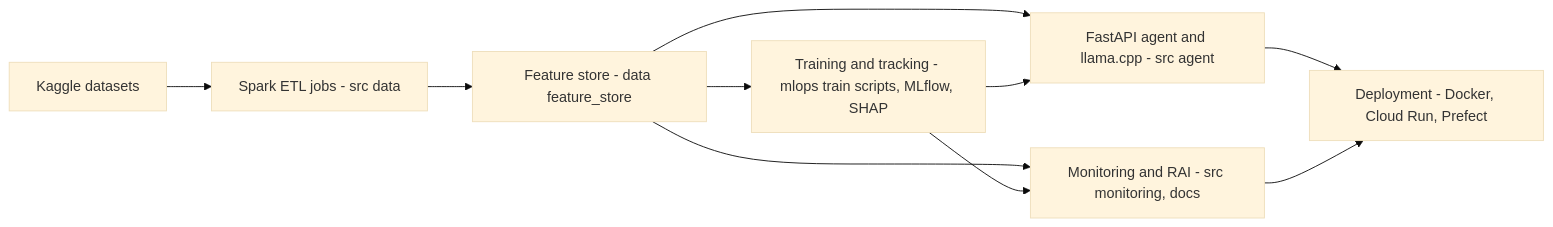
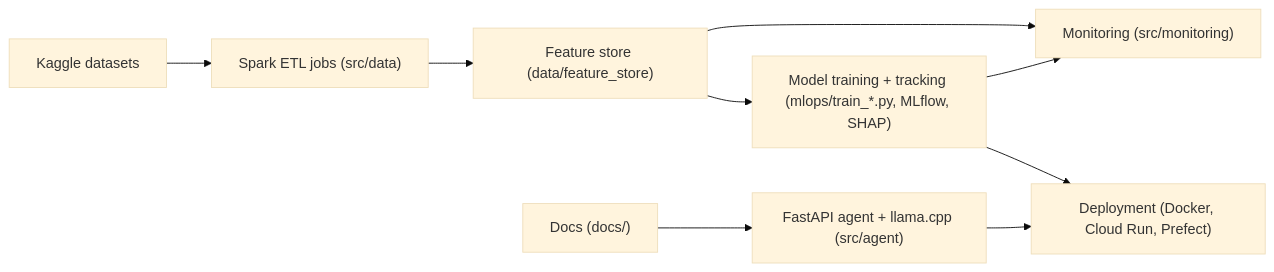
Before and after one commit to lee0721/fusionguard-analytics: the diagram in README.md, drawn with Mermaid (base theme).

Commit message:
docs: switch architecture overview to mermaid diagram

````diff
--- a/README.md
+++ b/README.md
@@ -15,18 +15,18 @@
 ```mermaid
 flowchart LR
-  raw[Kaggle datasets]
-  etl[Spark ETL jobs - src data]
-  fs[Feature store - data feature_store]
-  train[Training and tracking - mlops train scripts, MLflow, SHAP]
-  agent[FastAPI agent and llama.cpp - src agent]
-  monitor[Monitoring and RAI - src monitoring, docs]
-  deploy[Deployment - Docker, Cloud Run, Prefect]
+  raw["Kaggle datasets"]
+  etl["Spark ETL jobs (src/data)"]
+  fs["Feature store (data/feature_store)"]
+  train["Model training + tracking (mlops/train_*.py, MLflow, SHAP)"]
+  monitor["Monitoring (src/monitoring)"]
+  deploy["Deployment (Docker, Cloud Run, Prefect)"]
+  docs["Docs (docs/)"]
+  agent["FastAPI agent + llama.cpp (src/agent)"]
 
   raw --> etl --> fs --> train
-  fs --> agent
   fs --> monitor
-  train --> agent
   train --> monitor
+  train --> deploy
+  docs --> agent
   agent --> deploy
-  monitor --> deploy
 ```
````
